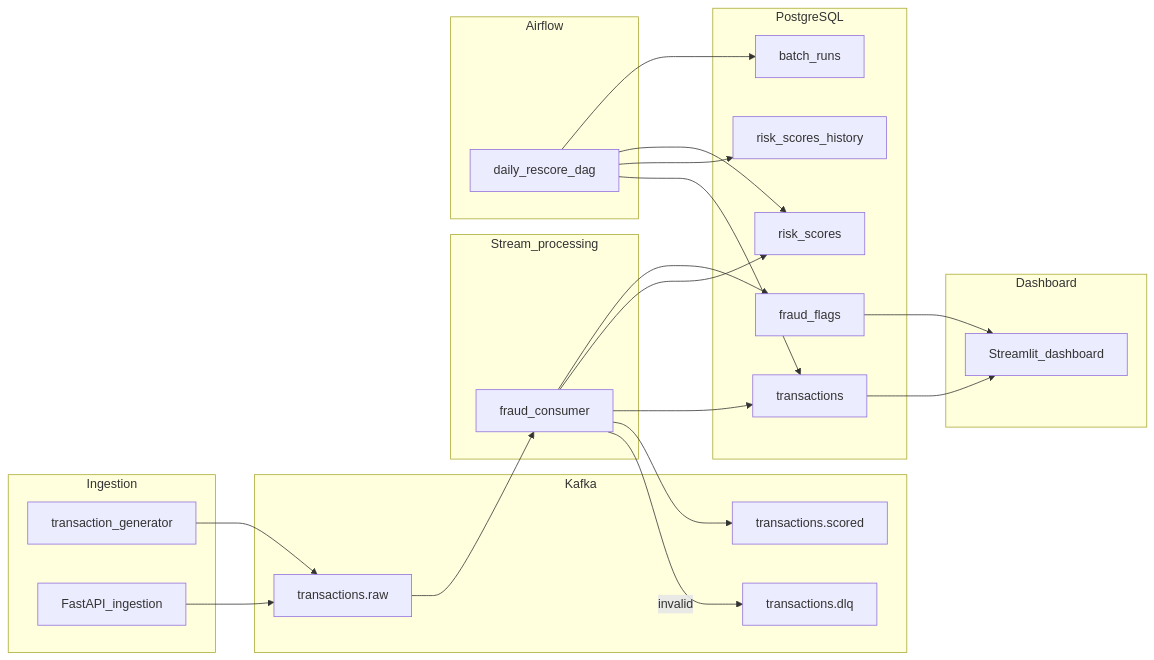
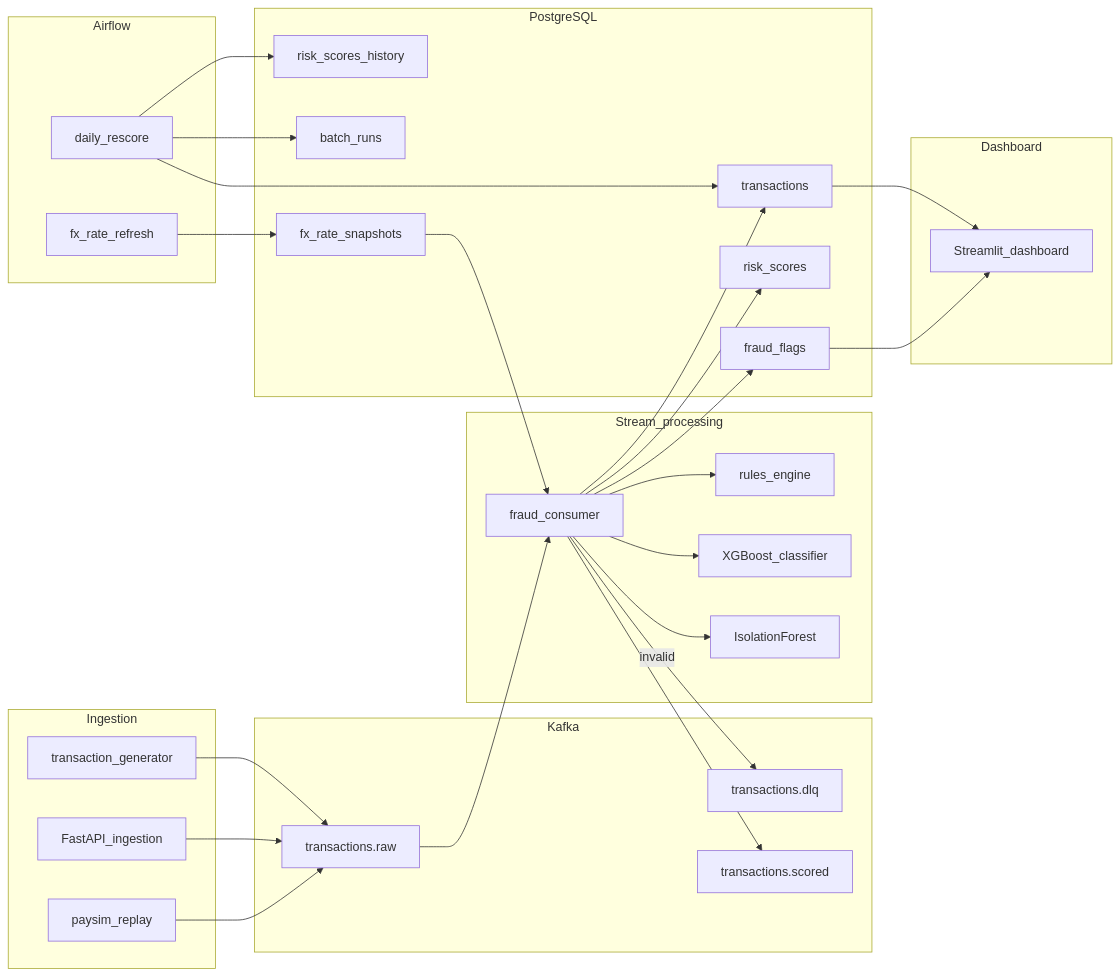
Before and after one commit to mnaufaldr01/real-time-fraud-detection: the diagram in README.md, drawn with Mermaid. The commit also changed other lines of this file, not shown here.

````diff
--- a/README.md
+++ b/README.md
@@ -5,42 +5,53 @@
 ```mermaid
 flowchart LR
   subgraph ingest [Ingestion]
     Gen[transaction_generator]
     API[FastAPI_ingestion]
+    PaySim[paysim_replay]
   end
   subgraph kafka [Kafka]
     Raw[transactions.raw]
     DLQ[transactions.dlq]
     Scored[transactions.scored]
   end
   subgraph stream [Stream_processing]
     Consumer[fraud_consumer]
+    Rules[rules_engine]
+    XGB[XGBoost_classifier]
+    IF[IsolationForest]
   end
   subgraph store [PostgreSQL]
     Txn[transactions]
     Risk[risk_scores]
     Flags[fraud_flags]
     Hist[risk_scores_history]
     Runs[batch_runs]
+    FX[fx_rate_snapshots]
   end
   subgraph batch [Airflow]
-    DAG[daily_rescore_dag]
+    Rescore[daily_rescore]
+    FxDAG[fx_rate_refresh]
   end
   subgraph ui [Dashboard]
     Dash[Streamlit_dashboard]
   end
   Gen --> Raw
   API --> Raw
+  PaySim --> Raw
   Raw --> Consumer
   Consumer -->|invalid| DLQ
+  Consumer --> Rules
+  Consumer --> XGB
+  Consumer --> IF
   Consumer --> Scored
   Consumer --> Txn
   Consumer --> Risk
   Consumer --> Flags
-  DAG --> Txn
-  DAG --> Hist
-  DAG --> Risk
-  DAG --> Runs
+  FxDAG --> FX
+  FX --> Consumer
+  Rescore --> Txn
+  Rescore --> Hist
+  Rescore --> Runs
   Txn --> Dash
   Flags --> Dash
 ```
````
